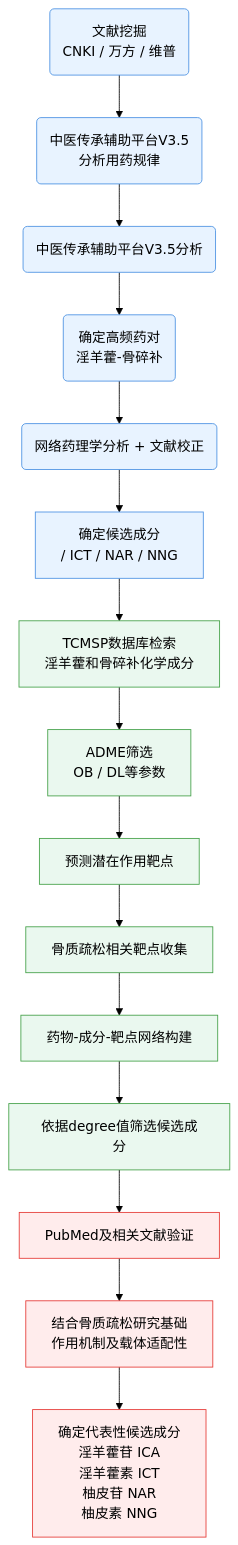
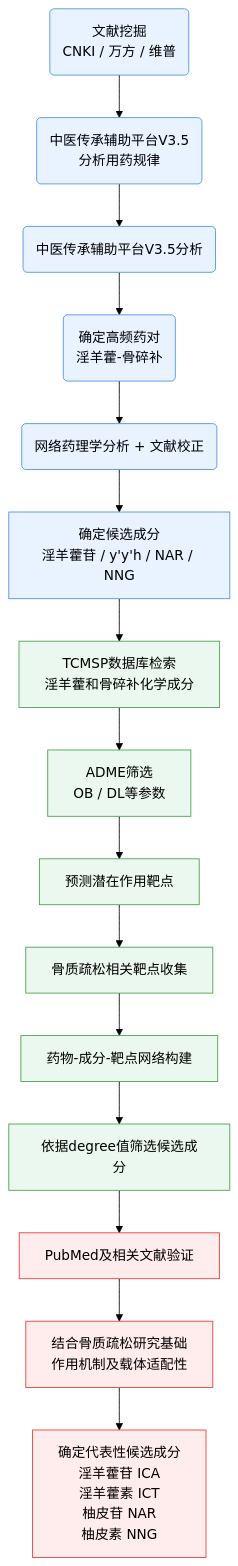
Before and after one commit to Yaotian99/iodraw-files: the diagram in all/未命名-1.md, drawn with Mermaid (forest theme).

Commit message:
2026-06-24 08:59:25 update

````diff
--- a/all/未命名-1.md
+++ b/all/未命名-1.md
@@ -1,29 +1,29 @@
 ```mermaid
 graph TD
 
 A1(文献挖掘<br/>CNKI / 万方 / 维普) --> A2(中医传承辅助平台V3.5<br/>分析用药规律)
 A2 --> A3(中医传承辅助平台V3.5分析)
 A3 --> A4(确定高频药对<br/>淫羊藿-骨碎补)
 A4 --> A5(网络药理学分析 + 文献校正)
-A5 --> A6[确定候选成分<br/> / ICT / NAR / NNG]
+A5 --> A6[确定候选成分<br/>淫羊藿苷 / y'y'h / NAR / NNG]
 
 A6 --> B1[TCMSP数据库检索<br/>淫羊藿和骨碎补化学成分]
 B1 --> B2[ADME筛选<br/>OB / DL等参数]
 B2 --> B3[预测潜在作用靶点]
 B3 --> B4[骨质疏松相关靶点收集]
 B4 --> B5[药物-成分-靶点网络构建]
 B5 --> B6[依据degree值筛选候选成分]
 
 B6 --> C1[PubMed及相关文献验证]
 C1 --> C2[结合骨质疏松研究基础<br/>作用机制及载体适配性]
 C2 --> C3[确定代表性候选成分<br/>淫羊藿苷 ICA<br/>淫羊藿素 ICT<br/>柚皮苷 NAR<br/>柚皮素 NNG]
 
 classDef basis fill:#E8F3FF,stroke:#4A90E2,stroke-width:1px,color:#000;
 classDef network fill:#EAF8EF,stroke:#43A047,stroke-width:1px,color:#000;
 classDef result fill:#FFECEC,stroke:#E53935,stroke-width:1px,color:#000;
 
 class A1,A2,A3,A4,A5,A6 basis;
 class B1,B2,B3,B4,B5,B6 network;
 class C1,C2,C3 result;
   
 ```
````
